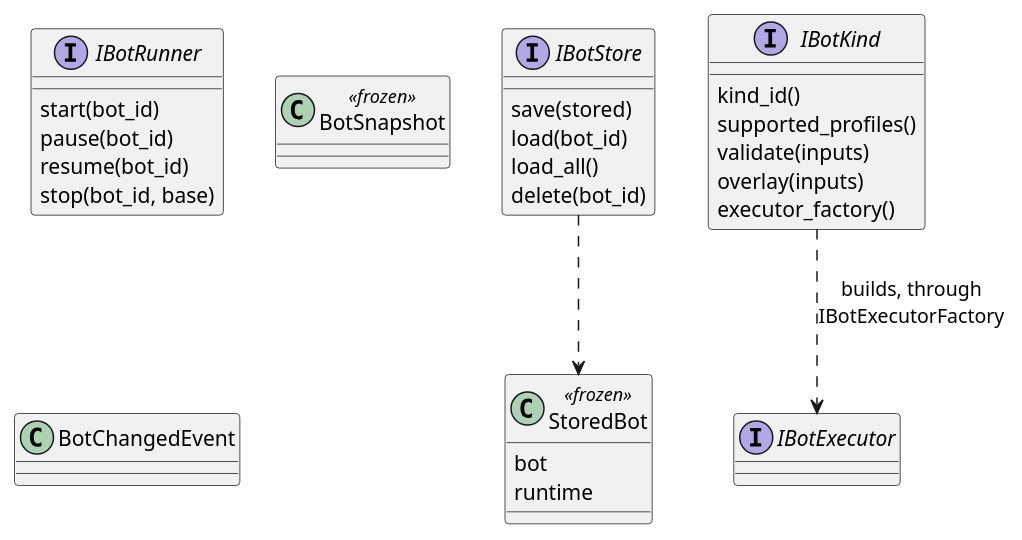
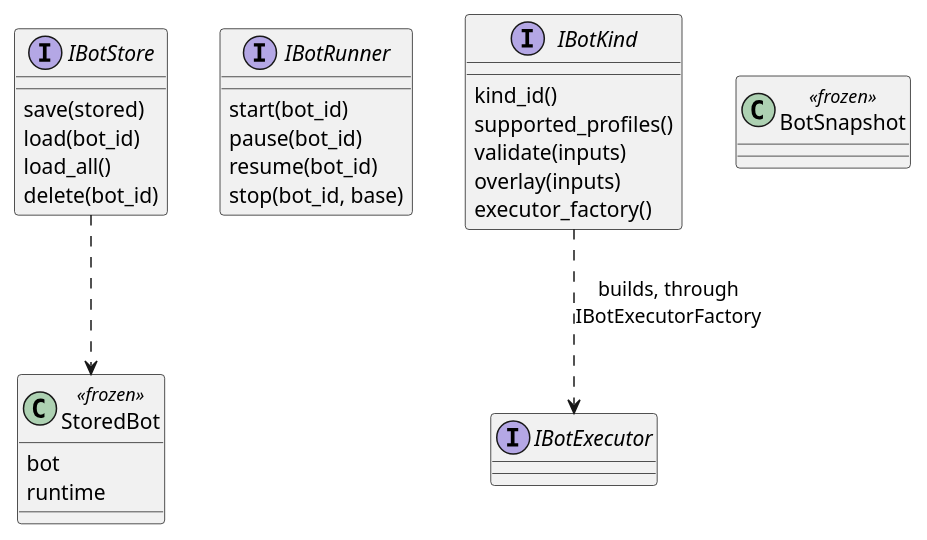
The diagram in Docs/MODULES/bots/diagrams/05-contracts.puml (anhembedded/Sagittarius_Elite_Warrior), drawn with PlantUML before and after one commit. The commit also changed other lines of this file and 16 other files, not shown here.

```diff
--- a/Docs/MODULES/bots/diagrams/05-contracts.puml
+++ b/Docs/MODULES/bots/diagrams/05-contracts.puml
@@ -3,30 +4,29 @@
 @startuml 05-contracts
 interface IBotStore {
   save(stored)
   load(bot_id)
   load_all()
   delete(bot_id)
 }
 class StoredBot <<frozen>> {
   bot
   runtime
 }
 interface IBotRunner {
   start(bot_id)
   pause(bot_id)
   resume(bot_id)
   stop(bot_id, base)
 }
 interface IBotKind {
   kind_id()
   supported_profiles()
   validate(inputs)
   overlay(inputs)
   executor_factory()
 }
 interface IBotExecutor
 class BotSnapshot <<frozen>>
-class BotChangedEvent
 IBotStore ..> StoredBot
 IBotKind ..> IBotExecutor : builds, through\nIBotExecutorFactory
 @enduml
```
